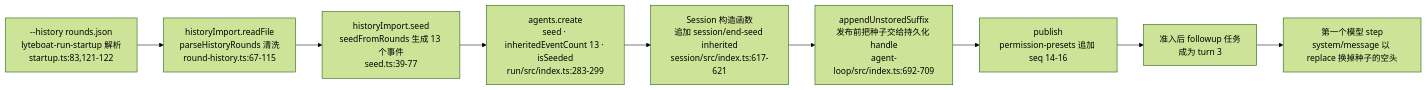
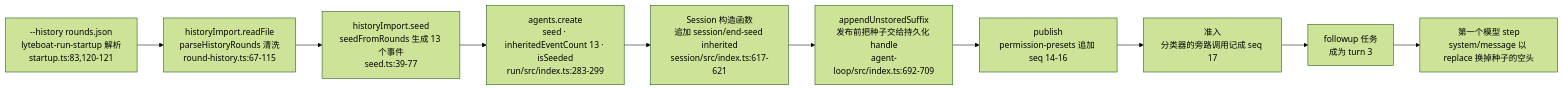
Diagram 11 of 11 in docs/01-architecture.md (lyteboat/boat), drawn with Mermaid (forest theme) before and after one commit. The commit also changed other lines of this file, not shown here.

````diff
--- a/docs/01-architecture.md
+++ b/docs/01-architecture.md
@@ -1203,11 +1221,12 @@
 ```mermaid
 flowchart LR
-  arg["--history rounds.json<br/>lyteboat-run-startup 解析<br/>startup.ts:83,121-122"] --> rf["historyImport.readFile<br/>parseHistoryRounds 清洗<br/>round-history.ts:67-115"]
+  arg["--history rounds.json<br/>lyteboat-run-startup 解析<br/>startup.ts:83,120-121"] --> rf["historyImport.readFile<br/>parseHistoryRounds 清洗<br/>round-history.ts:67-115"]
   rf --> sd["historyImport.seed<br/>seedFromRounds 生成 13 个事件<br/>seed.ts:39-77"]
   sd --> cr["agents.create<br/>seed · inheritedEventCount 13 · isSeeded<br/>run/src/index.ts:283-299"]
   cr --> es["Session 构造函数<br/>追加 session/end-seed inherited<br/>session/src/index.ts:617-621"]
   es --> st["appendUnstoredSuffix<br/>发布前把种子交给持久化 handle<br/>agent-loop/src/index.ts:692-709"]
   st --> pub["publish<br/>permission-presets 追加 seq 14-16"]
-  pub --> task["准入后 followup 任务<br/>成为 turn 3"]
+  pub --> adm["准入<br/>分类器的旁路调用记成 seq 17"]
+  adm --> task["followup 任务<br/>成为 turn 3"]
   task --> rep["第一个模型 step<br/>system/message 以 replace 换掉种子的空头"]
 ```
````
